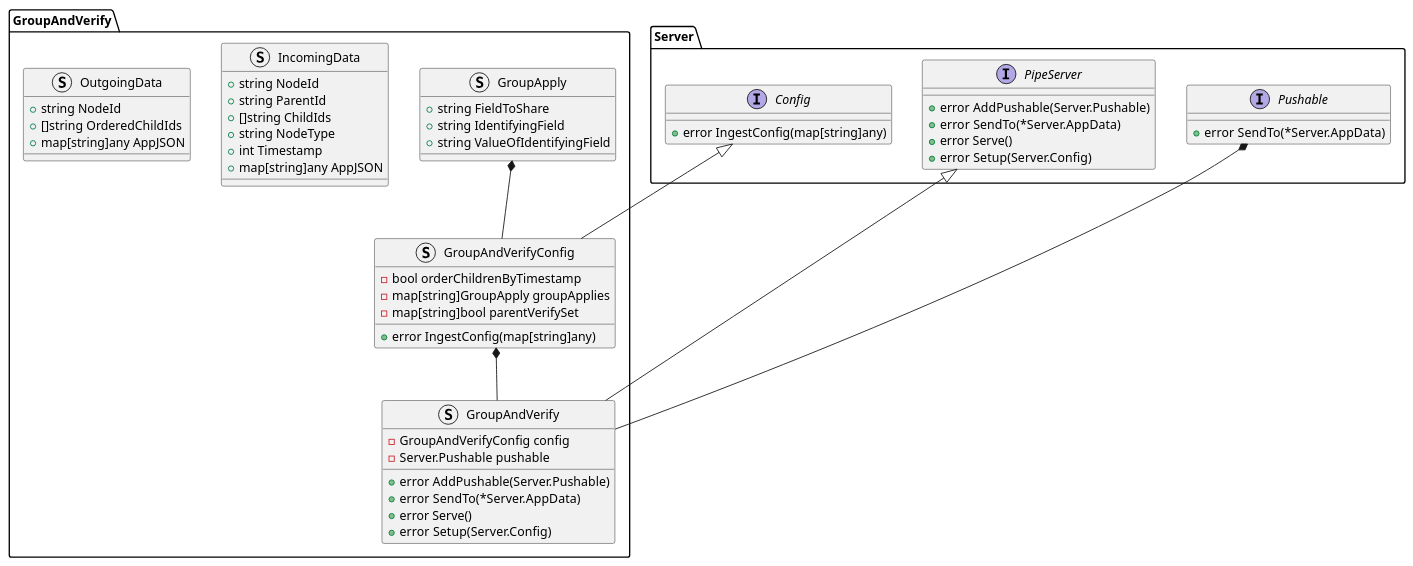
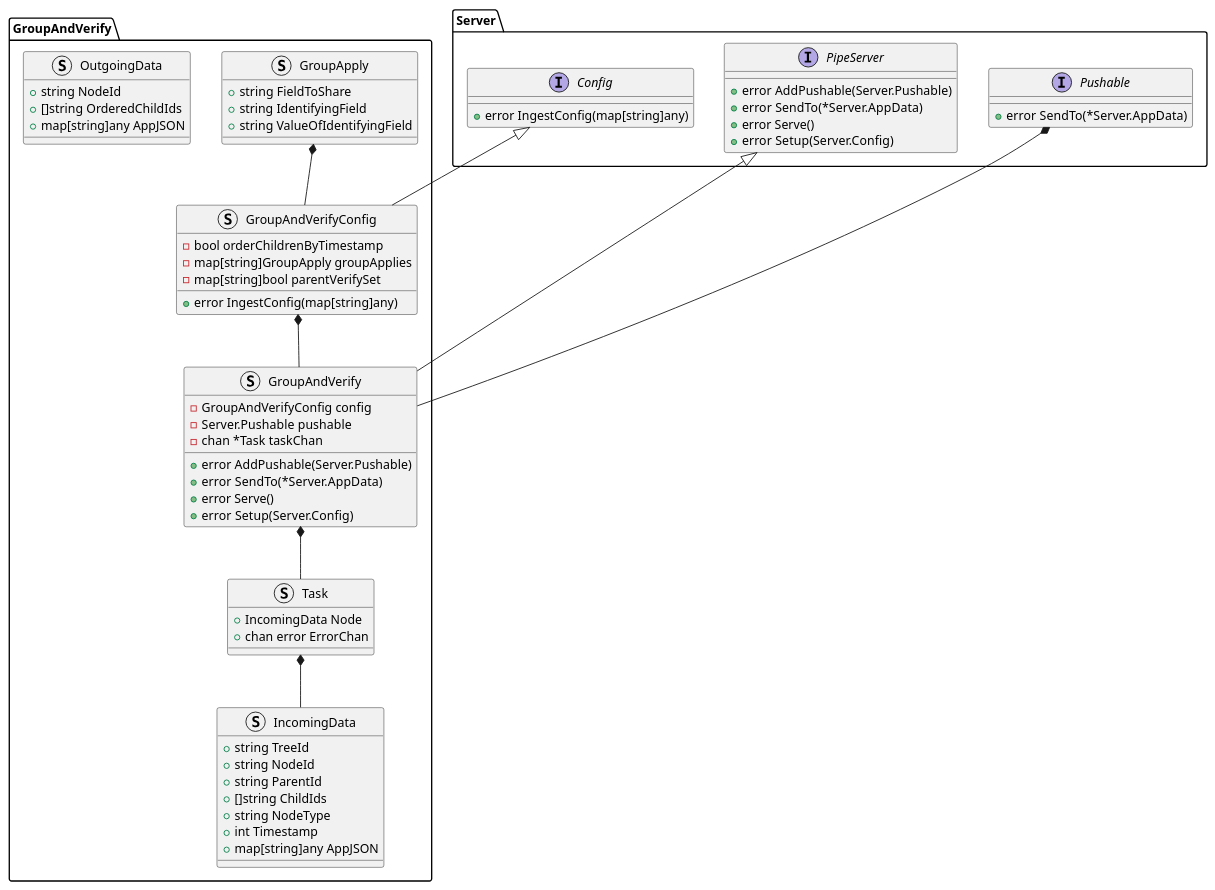
The diagram in docs/design_notes/DN3_Group_And_Verify/class_diagram.puml (xtuml/otel2pv), drawn with PlantUML before and after one commit. The commit also changed 6 other files, not shown here.

First line of the commit message:
Cdsopv 119 create group and verify struct (#89)

```diff
--- a/docs/design_notes/DN3_Group_And_Verify/class_diagram.puml
+++ b/docs/design_notes/DN3_Group_And_Verify/class_diagram.puml
@@ -1,56 +1,64 @@
 @startuml
 interface Server.Config {
     +error IngestConfig(map[string]any)
 }
 interface Server.PipeServer {
     +error AddPushable(Server.Pushable)
     +error SendTo(*Server.AppData)
     +error Serve()
     +error Setup(Server.Config)
 }
 interface Server.Pushable {
     +error SendTo(*Server.AppData)
 }
 
 namespace GroupAndVerify {
     struct GroupApply {
         +string FieldToShare
         +string IdentifyingField
         +string ValueOfIdentifyingField
     } 
 
     struct GroupAndVerifyConfig {
         -bool orderChildrenByTimestamp
         -map[string]GroupApply groupApplies
         -map[string]bool parentVerifySet
         +error IngestConfig(map[string]any)
     }
     struct GroupAndVerify {
         -GroupAndVerifyConfig config
         -Server.Pushable pushable
+        -chan *Task taskChan
         +error AddPushable(Server.Pushable)
         +error SendTo(*Server.AppData)
         +error Serve()
         +error Setup(Server.Config)
     }
+    struct Task {
+        +IncomingData Node
+        +chan error ErrorChan
+    }
     struct IncomingData {
+        +string TreeId
         +string NodeId
         +string ParentId
         +[]string ChildIds
         +string NodeType
         +int Timestamp
         +map[string]any AppJSON
     }
     struct OutgoingData {
         +string NodeId
         +[]string OrderedChildIds
         +map[string]any AppJSON
     }
 }
 
 Server.PipeServer <|-- GroupAndVerify.GroupAndVerify
 Server.Pushable *-- GroupAndVerify.GroupAndVerify
 Server.Config <|-- GroupAndVerify.GroupAndVerifyConfig
 GroupAndVerify.GroupApply *-- GroupAndVerify.GroupAndVerifyConfig
 GroupAndVerify.GroupAndVerifyConfig *-- GroupAndVerify.GroupAndVerify
+GroupAndVerify.Task *-- GroupAndVerify.IncomingData
+GroupAndVerify.GroupAndVerify *-- GroupAndVerify.Task
 @enduml
```
